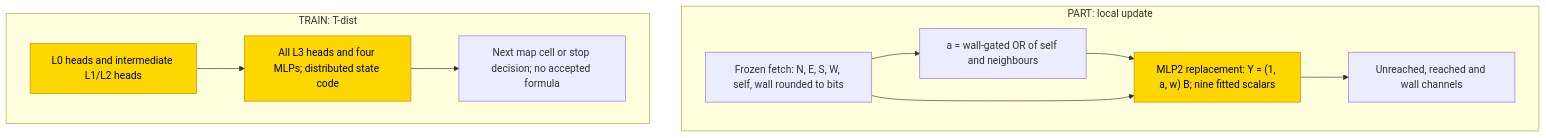
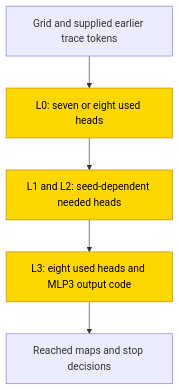
One commit to jc1122/mechanistic-interpretability-circuit-atlas changed the second of 2 diagrams in entries/grid-bfs.md. Above: the diagram before and after it, drawn with Mermaid. The commit also changed other lines of this file and 54 other files, not shown here.

````diff
--- a/entries/grid-bfs.md
+++ b/entries/grid-bfs.md
@@ -233,15 +194,9 @@
 ```mermaid
 flowchart TD
-    subgraph PT["PART: local update"]
-        IN["Frozen fetch: N, E, S, W, self, wall rounded to bits"] --> A["a = wall-gated OR of self and neighbours"]
-        A --> Y["MLP2 replacement: Y = (1, a, w) B; nine fitted scalars"]
-        IN --> Y
-        Y --> ST["Unreached, reached and wall channels"]
-    end
-    subgraph TT["TRAIN: T-dist"]
-        L0["L0 heads and intermediate L1/L2 heads"] --> L3["All L3 heads and four MLPs; distributed state code"]
-        L3 --> OUT["Next map cell or stop decision; no accepted formula"]
-    end
+    E["Grid and supplied earlier trace tokens"] --> H["L0: seven or eight used heads"]
+    H --> MID["L1 and L2: seed-dependent needed heads"]
+    MID --> L["L3: eight used heads and MLP3 output code"]
+    L --> O["Reached maps and stop decisions"]
     classDef trained fill:gold,stroke:darkgoldenrod,color:black
-    class Y,L0,L3 trained
+    class H,MID,L trained
 ```
````
